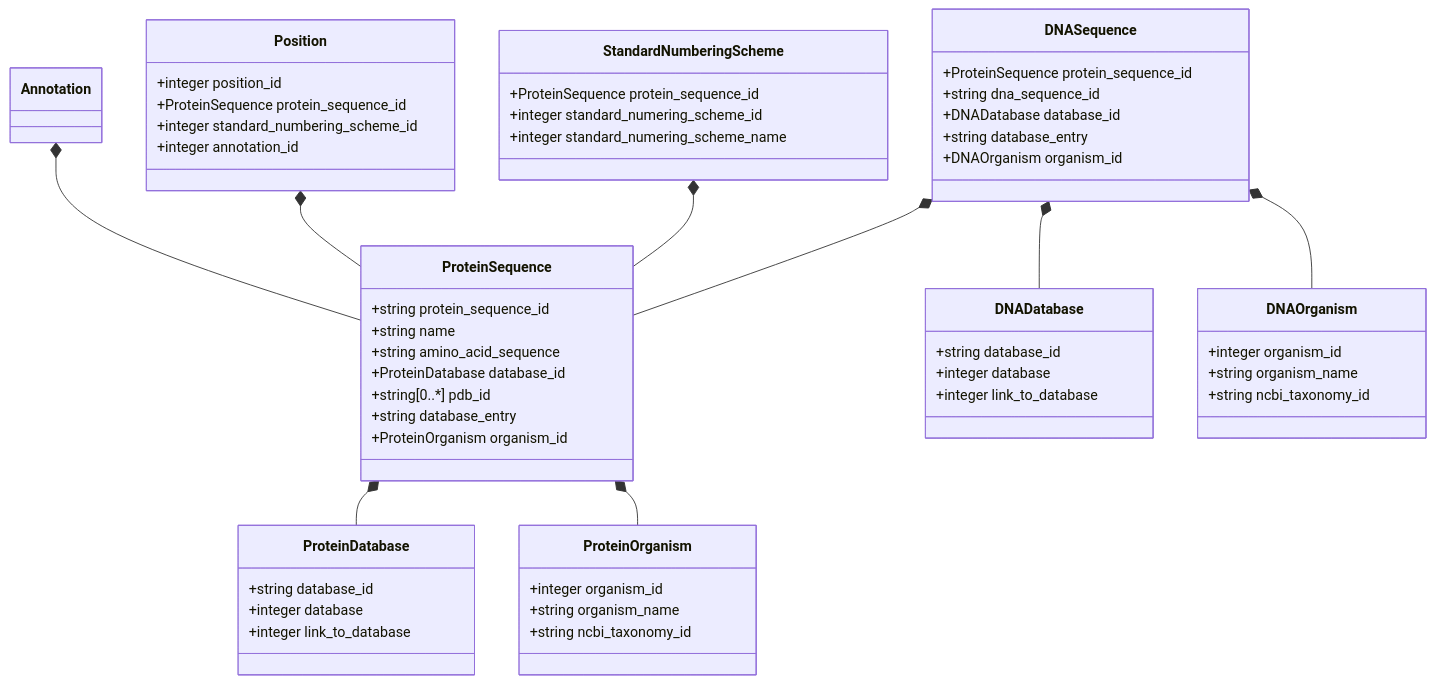
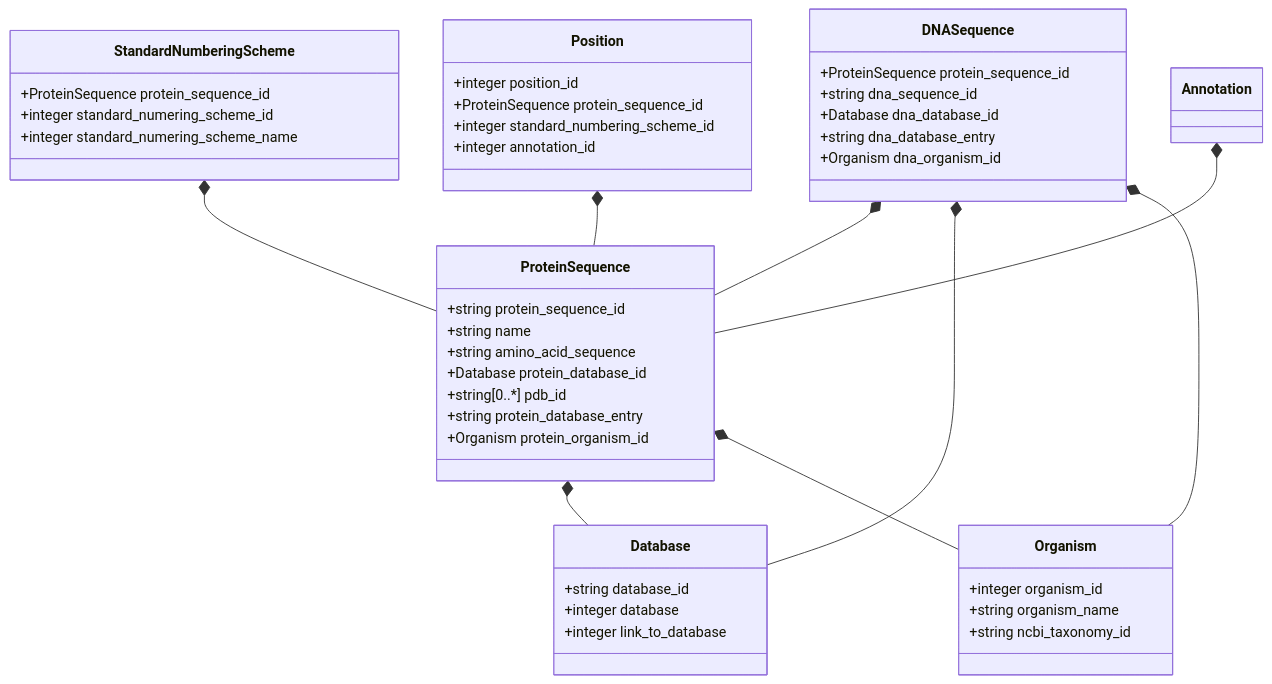
The diagram in Database/schemes/-.md (maxim945/PyEED-Fullprototype), drawn with Mermaid before and after one commit. The commit also changed 8 other files, not shown here.

````diff
--- a/Database/schemes/-.md
+++ b/Database/schemes/-.md
@@ -1,67 +1,55 @@
 ```mermaid
 classDiagram
-    ProteinSequence *-- ProteinDatabase
-    ProteinSequence *-- ProteinOrganism
+    ProteinSequence *-- Database
+    ProteinSequence *-- Organism
     DNASequence *-- ProteinSequence
-    DNASequence *-- DNADatabase
-    DNASequence *-- DNAOrganism
+    DNASequence *-- Database
+    DNASequence *-- Organism
     StandardNumberingScheme *-- ProteinSequence
     Position *-- ProteinSequence
     Annotation *-- ProteinSequence
     
     class ProteinSequence {
         +string protein_sequence_id
         +string name
         +string amino_acid_sequence
-        +ProteinDatabase database_id
+        +Database protein_database_id
         +string[0..*] pdb_id
-        +string database_entry
-        +ProteinOrganism organism_id
+        +string protein_database_entry
+        +Organism protein_organism_id
     }
     
     class DNASequence {
         +ProteinSequence protein_sequence_id
         +string dna_sequence_id
-        +DNADatabase database_id
-        +string database_entry
-        +DNAOrganism organism_id
+        +Database dna_database_id
+        +string dna_database_entry
+        +Organism dna_organism_id
     }
     
-    class ProteinOrganism {
+    class Organism {
         +integer organism_id
         +string organism_name
         +string ncbi_taxonomy_id
     }
     
-    class DNAOrganism {
-        +integer organism_id
-        +string organism_name
-        +string ncbi_taxonomy_id
-    }
-    
-    class ProteinDatabase {
-        +string database_id
-        +integer database
-        +integer link_to_database
-    }
-    
-    class DNADatabase {
+    class Database {
         +string database_id
         +integer database
         +integer link_to_database
     }
     
     class StandardNumberingScheme {
         +ProteinSequence protein_sequence_id
         +integer standard_numering_scheme_id
         +integer standard_numering_scheme_name
     }
     
     class Position {
         +integer position_id
         +ProteinSequence protein_sequence_id
         +integer standard_numbering_scheme_id
         +integer annotation_id
     }
     
 ```
````
